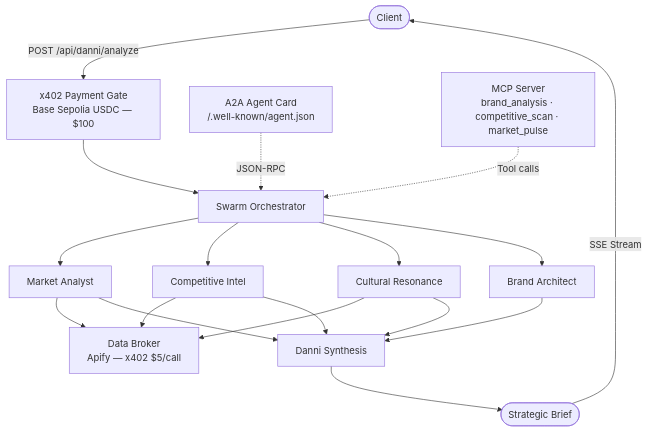
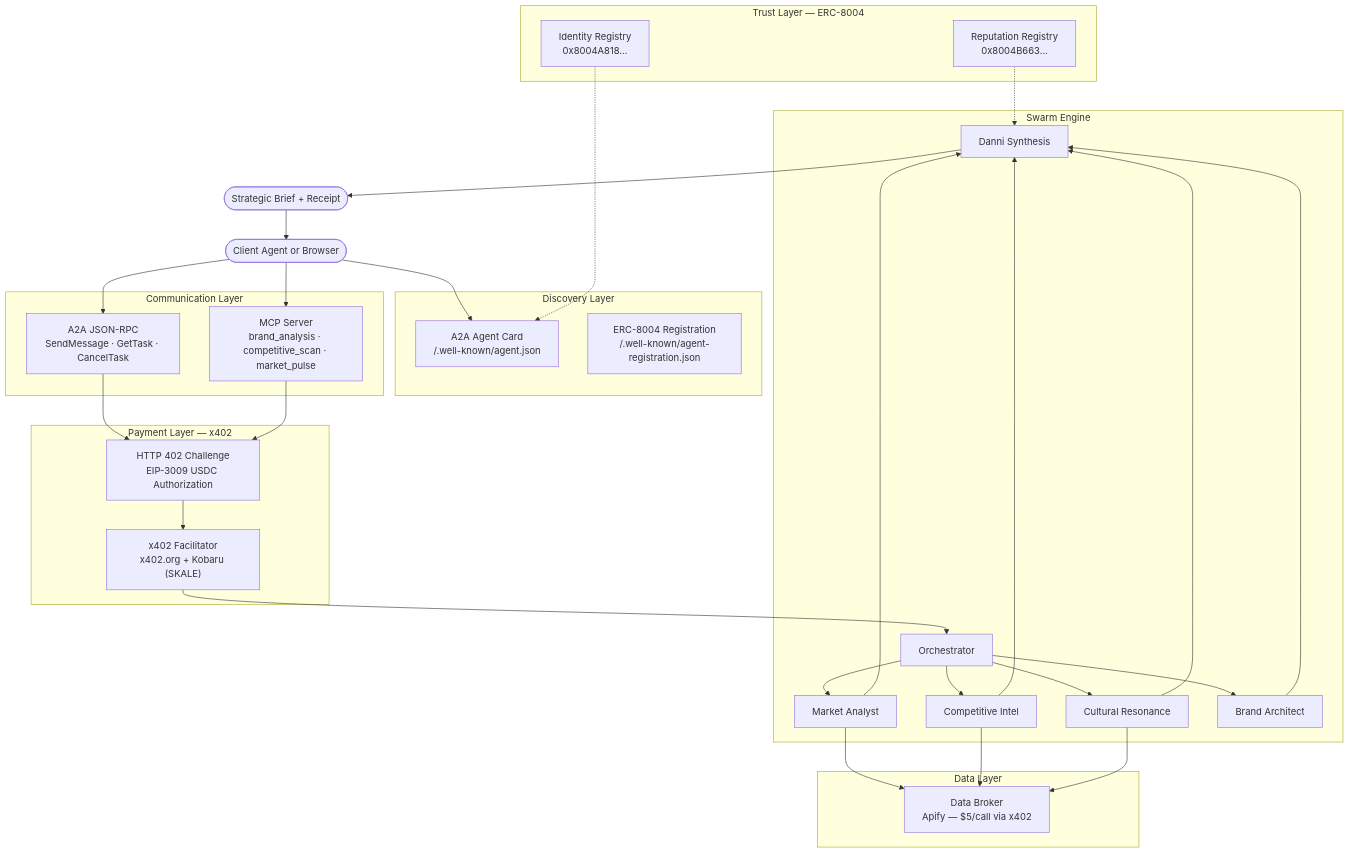
Before and after one commit to domocarroll/danni-x402: the first of 2 diagrams in app/README.md, drawn with Mermaid. The commit also changed other lines of this file and 32 other files, not shown here.

First line of the commit message:
feat(hardening): MCP production fix, task-manager optimization, 122 tests green

````diff
--- a/app/README.md
+++ b/app/README.md
@@ -15,41 +15,53 @@
 ```mermaid
 flowchart TB
-    Client([Client])
-    Payment[x402 Payment Gate<br/>Base Sepolia USDC — $100]
-    Orchestrator[Swarm Orchestrator]
+    subgraph Discovery["Discovery Layer"]
+        AgentCard["A2A Agent Card<br/>/.well-known/agent.json"]
+        RegJSON["ERC-8004 Registration<br/>/.well-known/agent-registration.json"]
+    end
 
-    MA[Market Analyst]
-    CI[Competitive Intel]
-    CR[Cultural Resonance]
-    BA[Brand Architect]
-    DS[Danni Synthesis]
+    subgraph Trust["Trust Layer — ERC-8004"]
+        Identity["Identity Registry<br/>0x8004A818..."]
+        Reputation["Reputation Registry<br/>0x8004B663..."]
+    end
 
-    DataBroker[Data Broker<br/>Apify — x402 $5/call]
-    Brief([Strategic Brief])
+    subgraph Interop["Communication Layer"]
+        A2A["A2A JSON-RPC<br/>SendMessage · GetTask · CancelTask"]
+        MCP["MCP Server<br/>brand_analysis · competitive_scan · market_pulse"]
+    end
 
-    A2A[A2A Agent Card<br/>/.well-known/agent.json]
-    MCP[MCP Server<br/>brand_analysis · competitive_scan · market_pulse]
+    subgraph Payment["Payment Layer — x402"]
+        Gate["HTTP 402 Challenge<br/>EIP-3009 USDC Authorization"]
+        Facilitator["x402 Facilitator<br/>x402.org + Kobaru (SKALE)"]
+    end
 
-    Client -->|POST /api/danni/analyze| Payment
-    Payment --> Orchestrator
+    subgraph Engine["Swarm Engine"]
+        Orch["Orchestrator"]
+        MA["Market Analyst"]
+        CI["Competitive Intel"]
+        CR["Cultural Resonance"]
+        BA["Brand Architect"]
+        DS["Danni Synthesis"]
+    end
 
-    Orchestrator --> MA
-    Orchestrator --> CI
-    Orchestrator --> CR
-    Orchestrator --> BA
+    subgraph Data["Data Layer"]
+        Broker["Data Broker<br/>Apify — $5/call via x402"]
+    end
 
-    MA --> DataBroker
-    CI --> DataBroker
-    CR --> DataBroker
+    Client([Client Agent or Browser])
+    Brief([Strategic Brief + Receipt])
 
-    MA --> DS
-    CI --> DS
-    CR --> DS
-    BA --> DS
-
+    Client --> AgentCard
+    Client --> A2A
+    Client --> MCP
+    A2A --> Gate
+    MCP --> Gate
+    Gate --> Facilitator
+    Facilitator --> Orch
+    Orch --> MA & CI & CR & BA
+    MA & CI & CR --> Broker
+    MA & CI & CR & BA --> DS
     DS --> Brief
-    Brief -->|SSE Stream| Client
-
-    A2A -.->|JSON-RPC| Orchestrator
-    MCP -.->|Tool calls| Orchestrator
+    Brief --> Client
+    Identity -.-> AgentCard
+    Reputation -.-> DS
 ```
````
